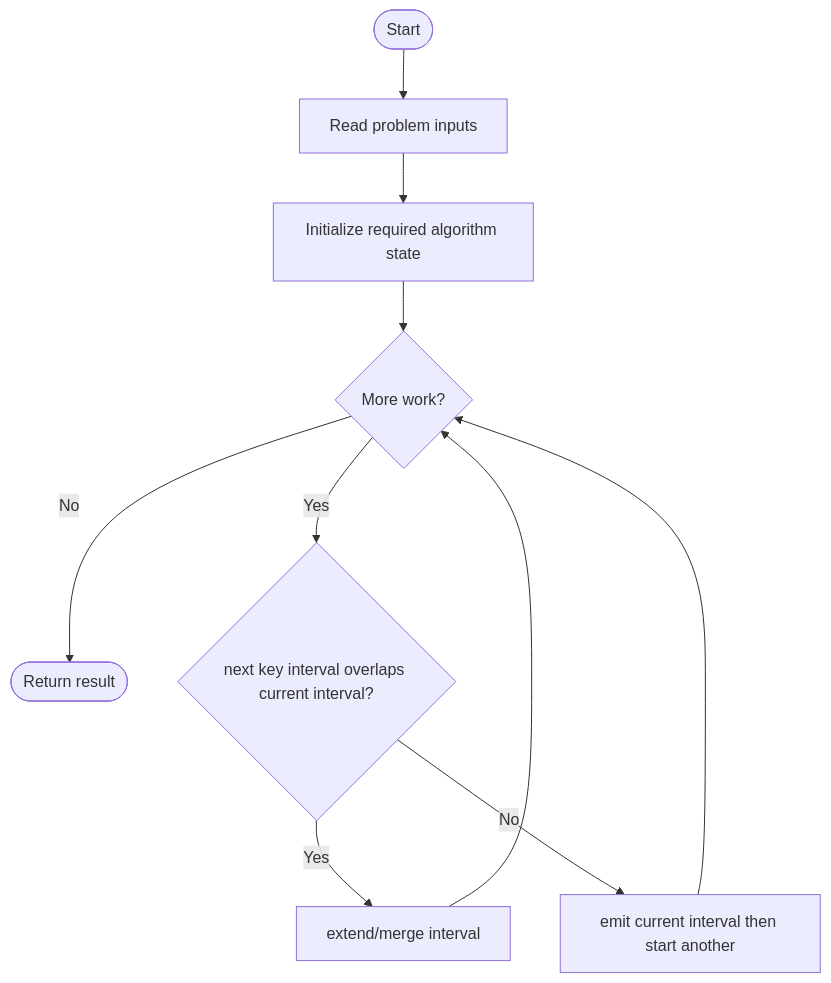
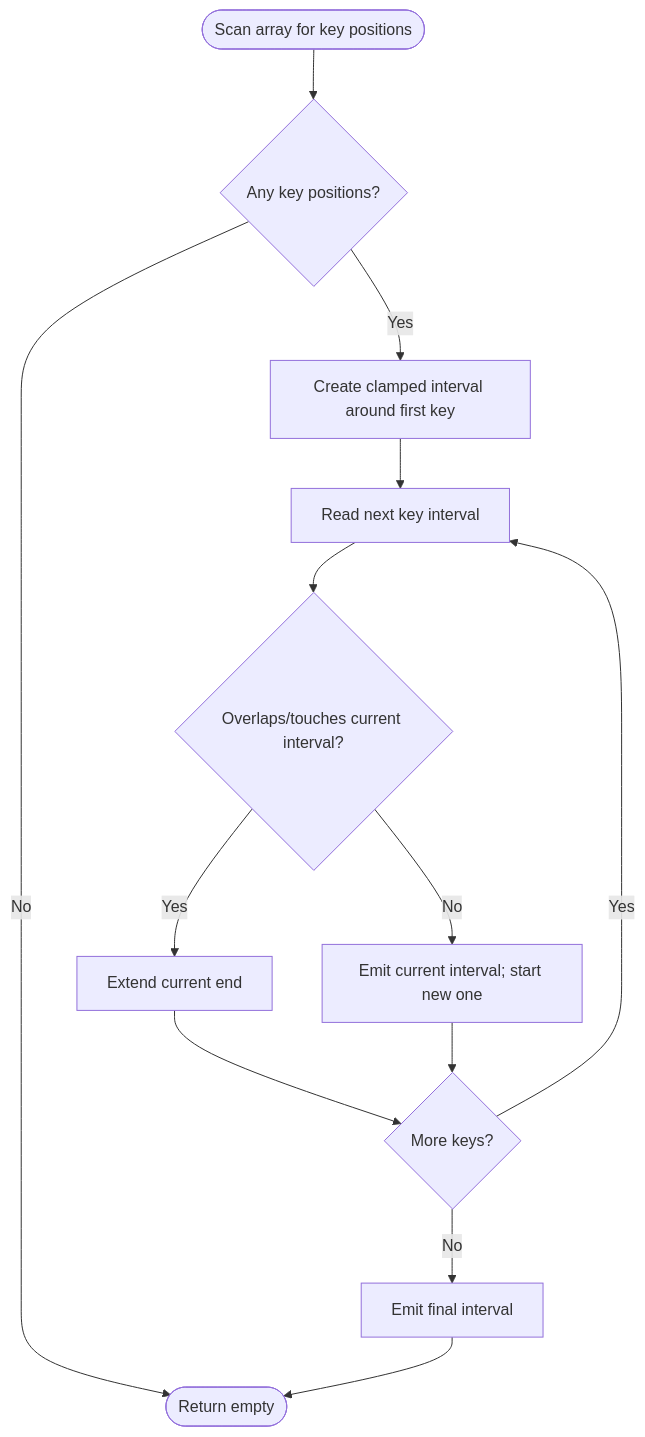
One commit to SAIDEEPBHANGE/C-CPP-Codes changed the diagram in LeetCode/2200/README.md. Above: the diagram before and after it, drawn with Mermaid. The commit also changed other lines of this file and 196 other files, not shown here.

````diff
--- a/LeetCode/2200/README.md
+++ b/LeetCode/2200/README.md
@@ -15,12 +32,15 @@
 ```mermaid
 flowchart TD
-    A([Start]) --> B[Read problem inputs]
-    B --> C[Initialize required algorithm state]
-    C --> D{More work?}
-    D -- No --> Z([Return result])
-    D -- Yes --> E{next key interval overlaps current interval?}
-    E -- Yes --> F[extend/merge interval]
-    E -- No --> G[emit current interval then start another]
-    F --> D
-    G --> D
+    A([Scan array for key positions]) --> B{Any key positions?}
+    B -- No --> Z([Return empty])
+    B -- Yes --> C[Create clamped interval around first key]
+    C --> D[Read next key interval]
+    D --> E{Overlaps/touches current interval?}
+    E -- Yes --> F[Extend current end]
+    E -- No --> G[Emit current interval; start new one]
+    F --> H{More keys?}
+    G --> H
+    H -- Yes --> D
+    H -- No --> I[Emit final interval]
+    I --> Z
 ```
````
